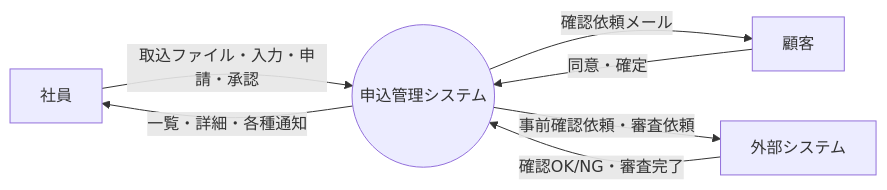
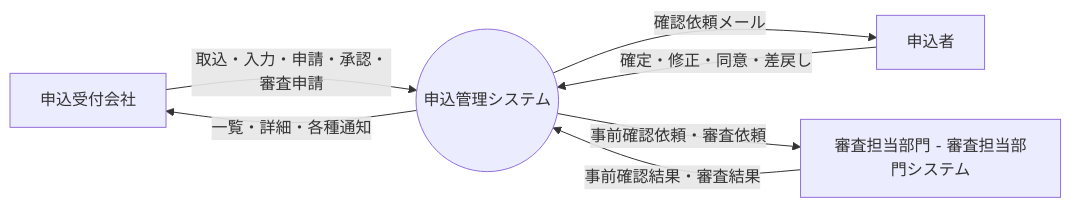
The diagram in docs/basic-design/05-data-flow.md (yasudaProduct/JavaServletSample2), drawn with Mermaid before and after one commit. The commit also changed other lines of this file and 26 other files, not shown here.

````diff
--- a/docs/basic-design/05-data-flow.md
+++ b/docs/basic-design/05-data-flow.md
@@ -11,13 +11,13 @@
 ```mermaid
 flowchart LR
-    EMP[社員]
-    CUS[顧客]
-    EXT[外部システム]
+    EMP[申込受付会社]
+    APP[申込者]
+    EXT[審査担当部門 - 審査担当部門システム]
     SYS((申込管理システム))
-    EMP -- 取込ファイル・入力・申請・承認 --> SYS
+    EMP -- 取込・入力・申請・承認・審査申請 --> SYS
     SYS -- 一覧・詳細・各種通知 --> EMP
-    SYS -- 確認依頼メール --> CUS
-    CUS -- 同意・確定 --> SYS
+    SYS -- 確認依頼メール --> APP
+    APP -- 確定・修正・同意・差戻し --> SYS
     SYS -- 事前確認依頼・審査依頼 --> EXT
-    EXT -- 確認OK/NG・審査完了 --> SYS
+    EXT -- 事前確認結果・審査結果 --> SYS
 ```
````
